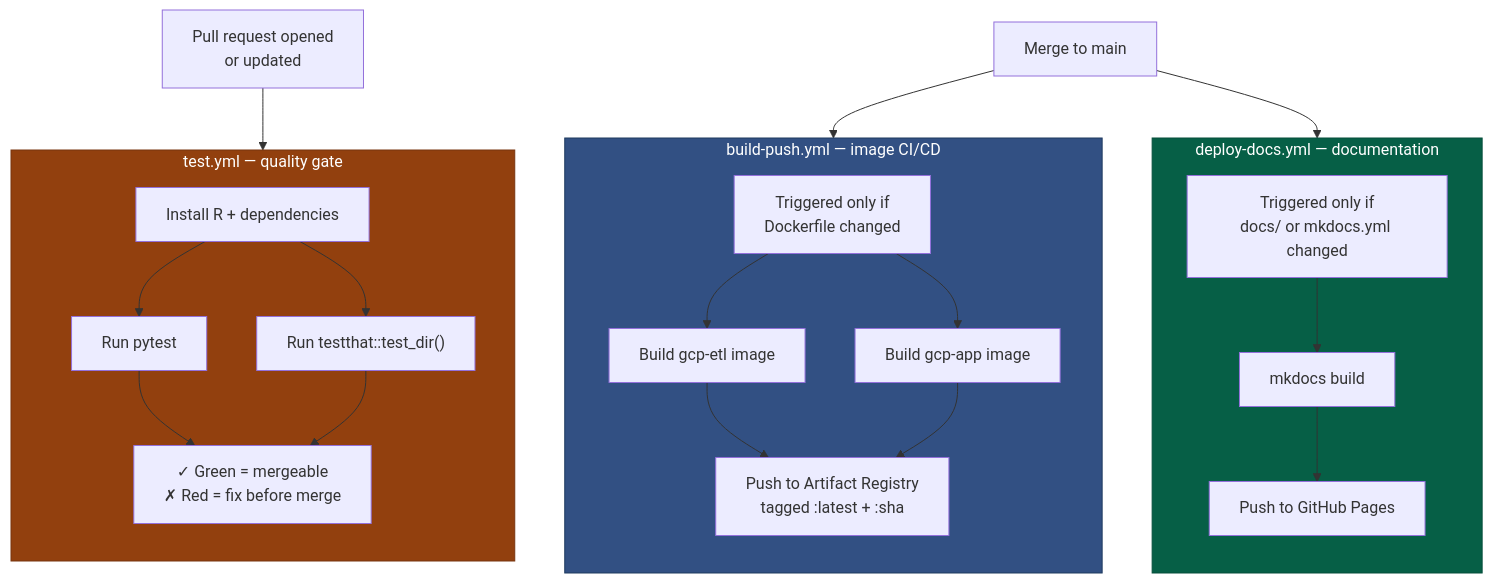
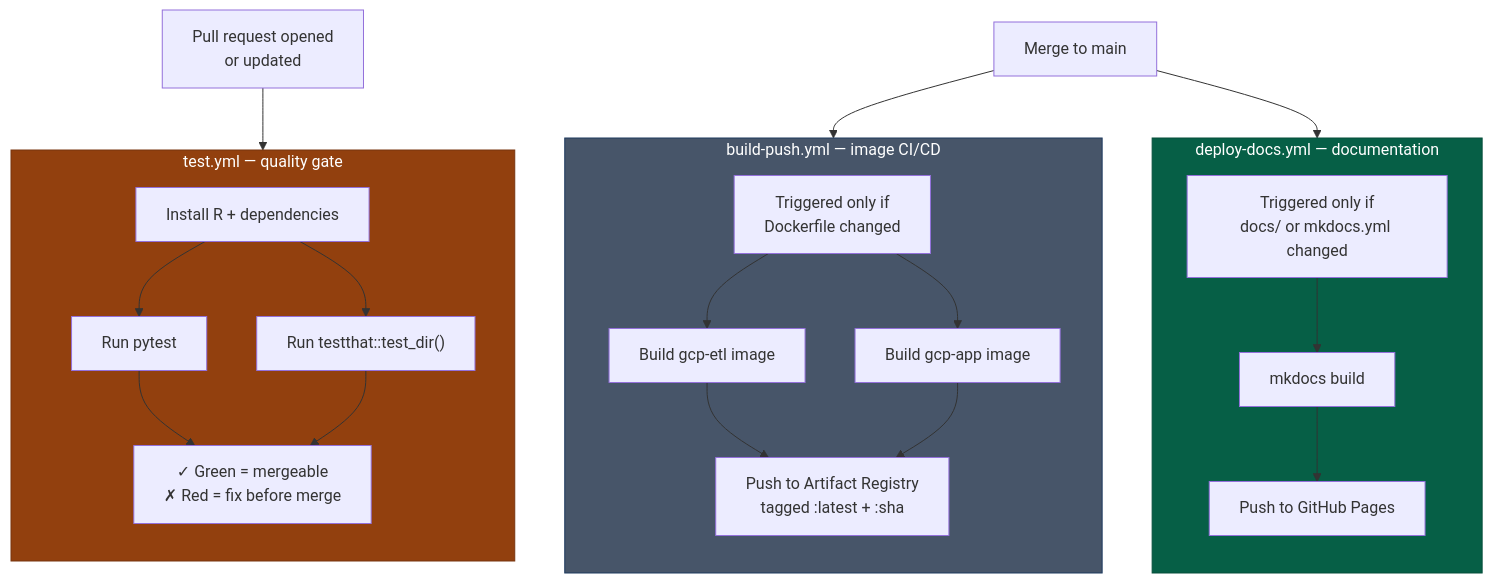
The second of 2 diagrams in docs/github-actions.md (Ch3w3y/docker_gcp), drawn with Mermaid before and after one commit. The commit also changed 12 other files, not shown here.

````diff
--- a/docs/github-actions.md
+++ b/docs/github-actions.md
@@ -84,40 +84,40 @@
 ```mermaid
 flowchart TD
     PR["Pull request opened<br/>or updated"]
     MERGE["Merge to main"]
 
     PR --> TEST
     MERGE --> BUILD
     MERGE --> DEPLOY
 
     subgraph TEST["test.yml — quality gate"]
         direction TB
         T1["Install R + dependencies"]
         T2["Run testthat::test_dir()"]
         T3["Run pytest"]
         T1 --> T2 & T3
         T3 --> RESULT["✓ Green = mergeable<br/>✗ Red = fix before merge"]
         T2 --> RESULT
     end
 
     subgraph BUILD["build-push.yml — image CI/CD"]
         direction TB
         B1["Triggered only if<br/>Dockerfile changed"]
         B2["Build gcp-etl image"]
         B3["Build gcp-app image"]
         B4["Push to Artifact Registry<br/>tagged :latest + :sha"]
         B1 --> B2 & B3 --> B4
     end
 
     subgraph DEPLOY["deploy-docs.yml — documentation"]
         direction TB
         D1["Triggered only if<br/>docs/ or mkdocs.yml changed"]
         D2["mkdocs build"]
         D3["Push to GitHub Pages"]
         D1 --> D2 --> D3
     end
 
     style TEST fill:#92400e,stroke:#78350f,color:#ffffff
-    style BUILD fill:#325083,stroke:#1e3a5f,color:#ffffff
+    style BUILD fill:#475569,stroke:#1e3a5f,color:#ffffff
     style DEPLOY fill:#065f46,stroke:#064e3b,color:#ffffff
 ```
````
